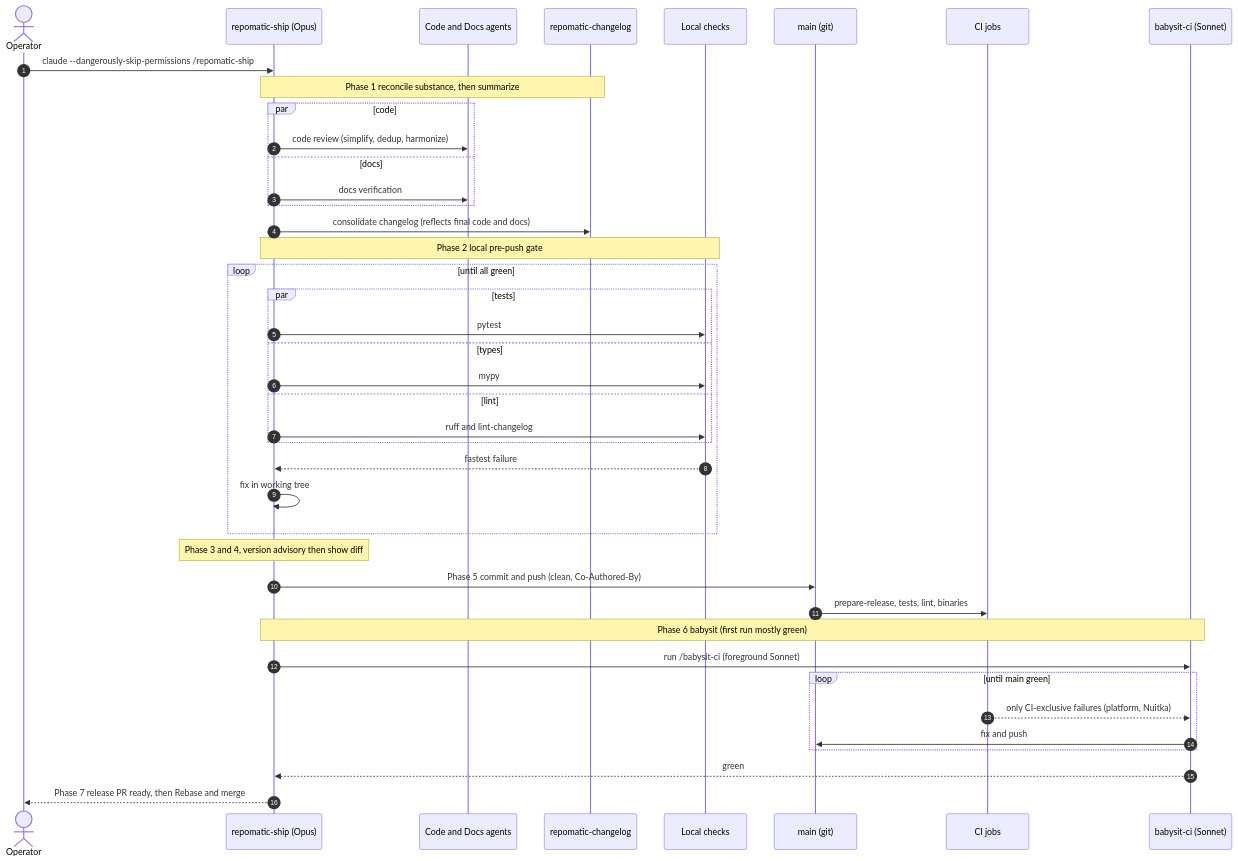
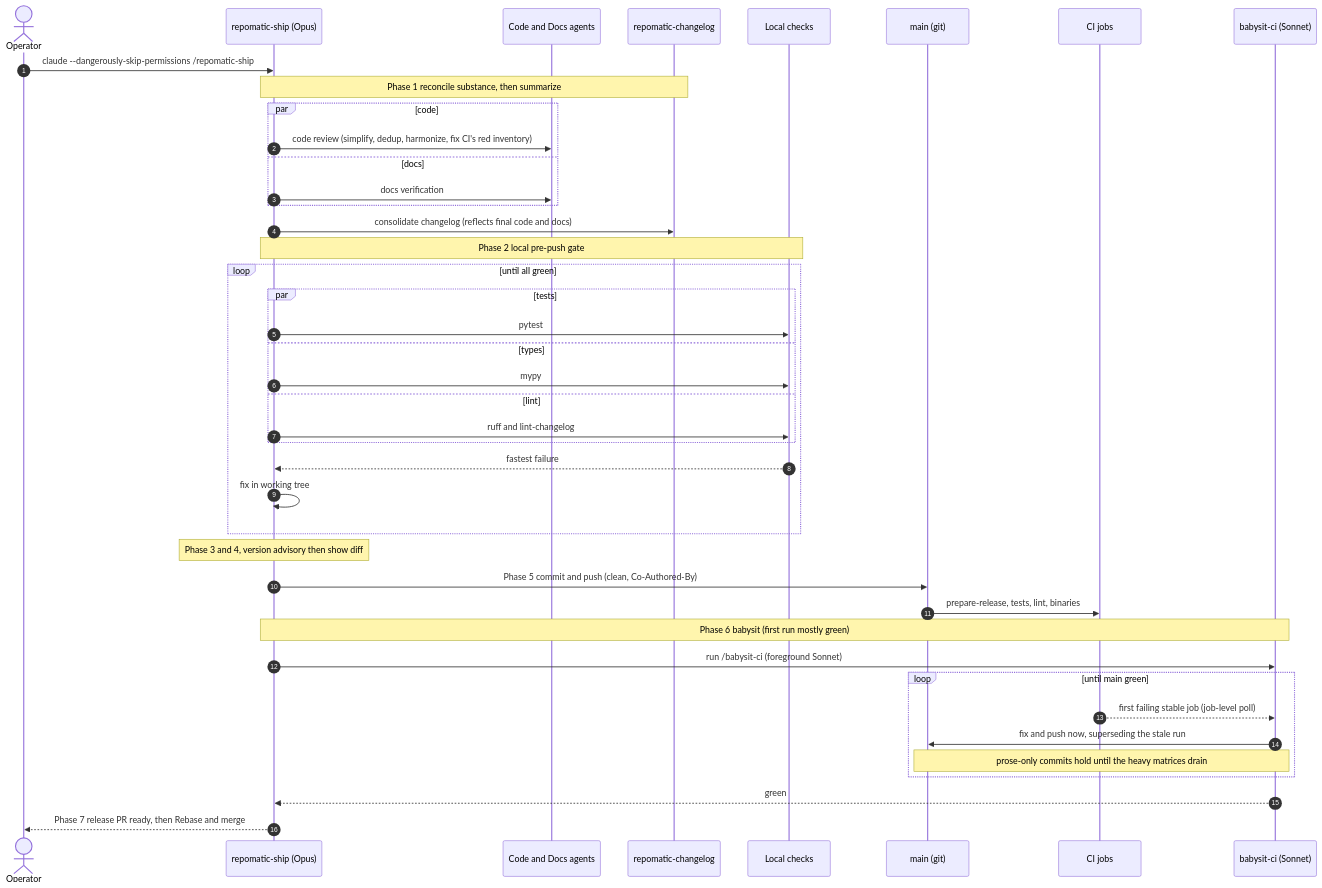
Before and after one commit to kdeldycke/repomatic: the first of 2 diagrams in docs/skills.md, drawn with Mermaid. The commit also changed other lines of this file and 3 other files, not shown here.

Commit message:
Teach the `repomatic-ship` and `babysit-ci` skills to act on the first failing CI job

````diff
--- a/docs/skills.md
+++ b/docs/skills.md
@@ -93,48 +93,49 @@
 ```mermaid
 sequenceDiagram
     autonumber
     actor Op as Operator
     participant Ship as repomatic-ship (Opus)
     participant AG as Code and Docs agents
     participant CL as repomatic-changelog
     participant Local as Local checks
     participant Main as main (git)
     participant CI as CI jobs
     participant BCI as babysit-ci (Sonnet)
 
     Op->>Ship: claude --dangerously-skip-permissions /repomatic-ship
 
     Note over Ship,CL: Phase 1 reconcile substance, then summarize
     par code
-        Ship->>AG: code review (simplify, dedup, harmonize)
+        Ship->>AG: code review (simplify, dedup, harmonize, fix CI's red inventory)
     and docs
         Ship->>AG: docs verification
     end
     Ship->>CL: consolidate changelog (reflects final code and docs)
 
     Note over Ship,Local: Phase 2 local pre-push gate
     loop until all green
         par tests
             Ship->>Local: pytest
         and types
             Ship->>Local: mypy
         and lint
             Ship->>Local: ruff and lint-changelog
         end
         Local-->>Ship: fastest failure
         Ship->>Ship: fix in working tree
     end
 
     Note over Ship: Phase 3 and 4, version advisory then show diff
     Ship->>Main: Phase 5 commit and push (clean, Co-Authored-By)
     Main->>CI: prepare-release, tests, lint, binaries
 
     Note over Ship,BCI: Phase 6 babysit (first run mostly green)
     Ship->>BCI: run /babysit-ci (foreground Sonnet)
     loop until main green
-        CI-->>BCI: only CI-exclusive failures (platform, Nuitka)
-        BCI->>Main: fix and push
+        CI-->>BCI: first failing stable job (job-level poll)
+        BCI->>Main: fix and push now, superseding the stale run
+        Note over BCI,Main: prose-only commits hold until the heavy matrices drain
     end
     BCI-->>Ship: green
     Ship-->>Op: Phase 7 release PR ready, then Rebase and merge
 ```
````
